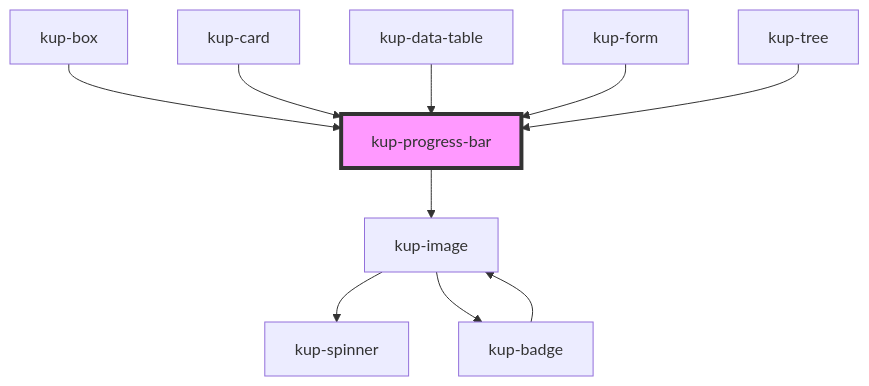
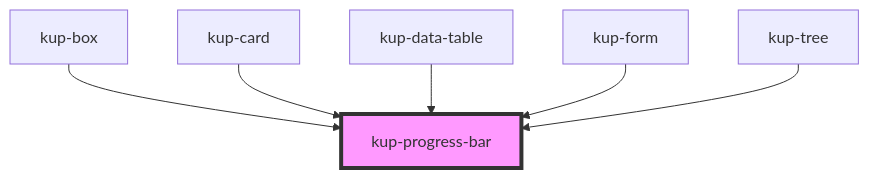
Before and after one commit to smeup/ketchup: the diagram in packages/ketchup/src/components/kup-progress-bar/readme.md, drawn with Mermaid. The commit also changed other lines of this file and 11 other files, not shown here.

Commit message:
Replaced kup-image with embedded image in kup-progress-bar.

````diff
--- a/packages/ketchup/src/components/kup-progress-bar/readme.md
+++ b/packages/ketchup/src/components/kup-progress-bar/readme.md
@@ -47,13 +43,9 @@
 ```mermaid
 graph TD;
-  kup-progress-bar --> kup-image
-  kup-image --> kup-spinner
-  kup-image --> kup-badge
-  kup-badge --> kup-image
   kup-box --> kup-progress-bar
   kup-card --> kup-progress-bar
   kup-data-table --> kup-progress-bar
   kup-form --> kup-progress-bar
   kup-tree --> kup-progress-bar
   style kup-progress-bar fill:#f9f,stroke:#333,stroke-width:4px
 ```
````
